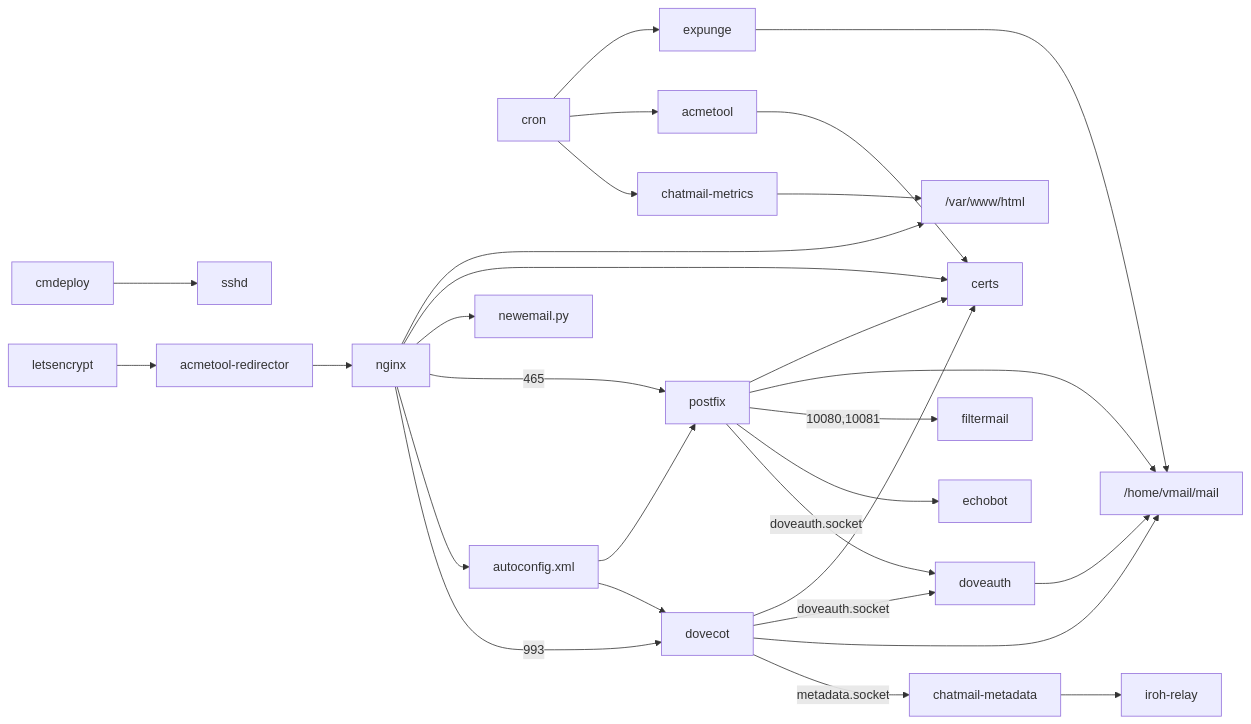
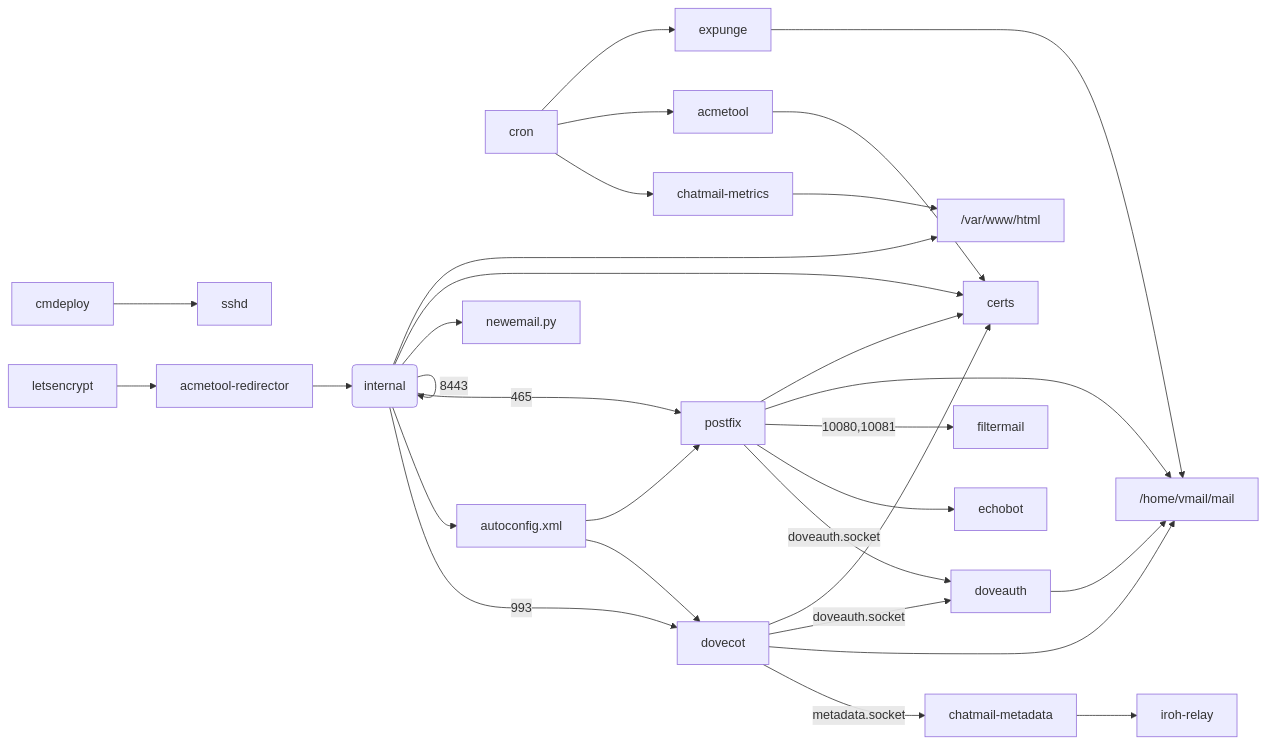
The diagram in ARCHITECTURE.md (cliffmccarthy/chatmail-relay), drawn with Mermaid before and after one commit.

Commit message:
Show internal nginx on 8443

````diff
--- a/ARCHITECTURE.md
+++ b/ARCHITECTURE.md
@@ -4,31 +4,32 @@
 ```mermaid
 graph LR;
     cmdeploy --> sshd;
     cron --> expunge;
     cron --> acmetool;
     cron --> chatmail-metrics;
     chatmail-metrics --> /var/www/html;
     acmetool --> certs;
     letsencrypt --> acmetool-redirector;
     acmetool-redirector --> nginx;
-    nginx --> /var/www/html;
+    nginx --> |8443|nginx(internal);
+    nginx(internal) --> /var/www/html;
     nginx --> certs;
     nginx --> newemail.py;
     nginx --> |465|postfix;
     nginx --> autoconfig.xml;
     nginx --> |993|dovecot;
     autoconfig.xml --> postfix;
     autoconfig.xml --> dovecot;
     postfix --> certs;
     postfix --> /home/vmail/mail;
     postfix --> |10080,10081|filtermail;
     postfix --> echobot;
     postfix --> |doveauth.socket|doveauth;
     dovecot --> certs;
     dovecot --> |doveauth.socket|doveauth;
     dovecot --> /home/vmail/mail;
     dovecot --> |metadata.socket|chatmail-metadata;
     doveauth --> /home/vmail/mail;
     expunge --> /home/vmail/mail;
     chatmail-metadata --> iroh-relay;
 ```
````
